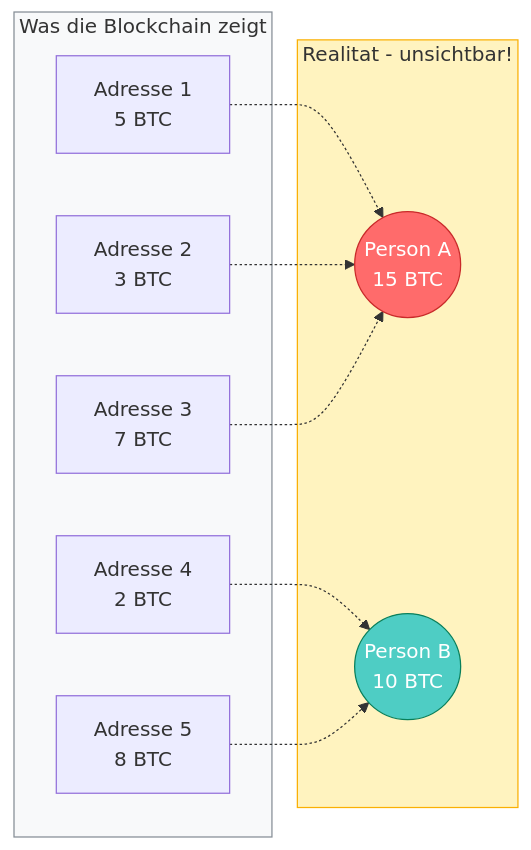
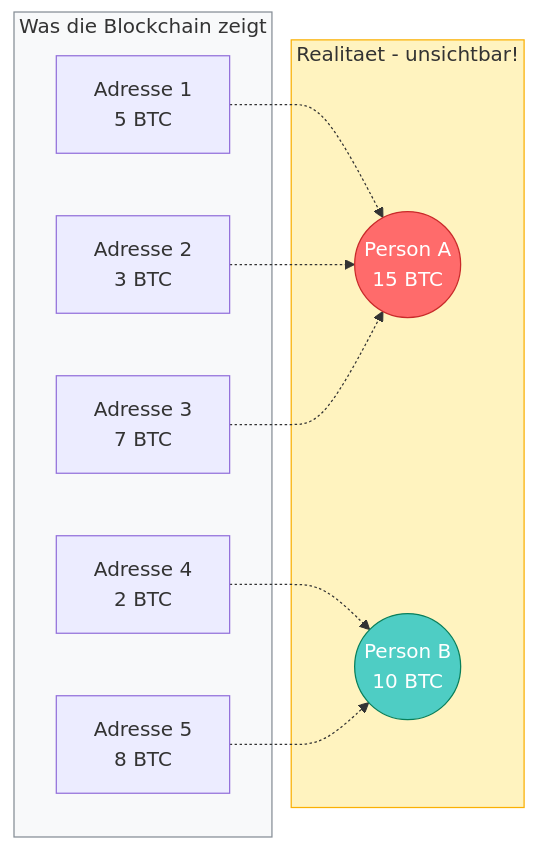
Before and after one commit to RomanRnlt/bitcoin-whale-intelligence: the first of 6 diagrams in docs/SIMPLE_EXPLANATION.md, drawn with Mermaid. The commit also changed other lines of this file and 4 other files, not shown here.

````diff
--- a/docs/SIMPLE_EXPLANATION.md
+++ b/docs/SIMPLE_EXPLANATION.md
@@ -11,26 +19,26 @@
 ```mermaid
 flowchart LR
     subgraph blockchain["Was die Blockchain zeigt"]
         A1[Adresse 1<br/>5 BTC]
         A2[Adresse 2<br/>3 BTC]
         A3[Adresse 3<br/>7 BTC]
         A4[Adresse 4<br/>2 BTC]
         A5[Adresse 5<br/>8 BTC]
     end
 
-    subgraph reality["Realitat - unsichtbar!"]
+    subgraph reality["Realitaet - unsichtbar!"]
         P1((Person A<br/>15 BTC))
         P2((Person B<br/>10 BTC))
     end
 
     A1 -.-> P1
     A2 -.-> P1
     A3 -.-> P1
     A4 -.-> P2
     A5 -.-> P2
 
     style P1 fill:#ff6b6b,stroke:#c92a2a,color:#fff
     style P2 fill:#4ecdc4,stroke:#087f5b,color:#fff
     style blockchain fill:#f8f9fa,stroke:#868e96
     style reality fill:#fff3bf,stroke:#fab005
 ```
````
